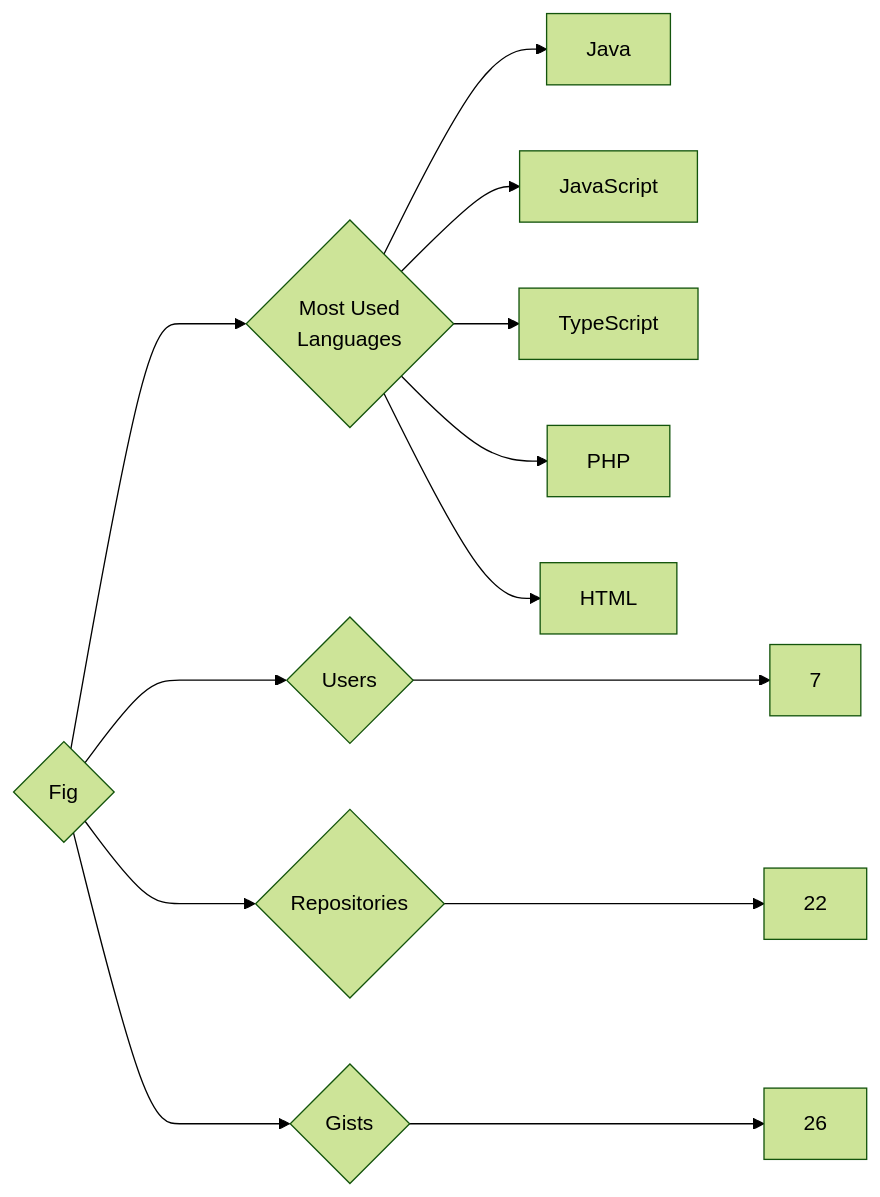
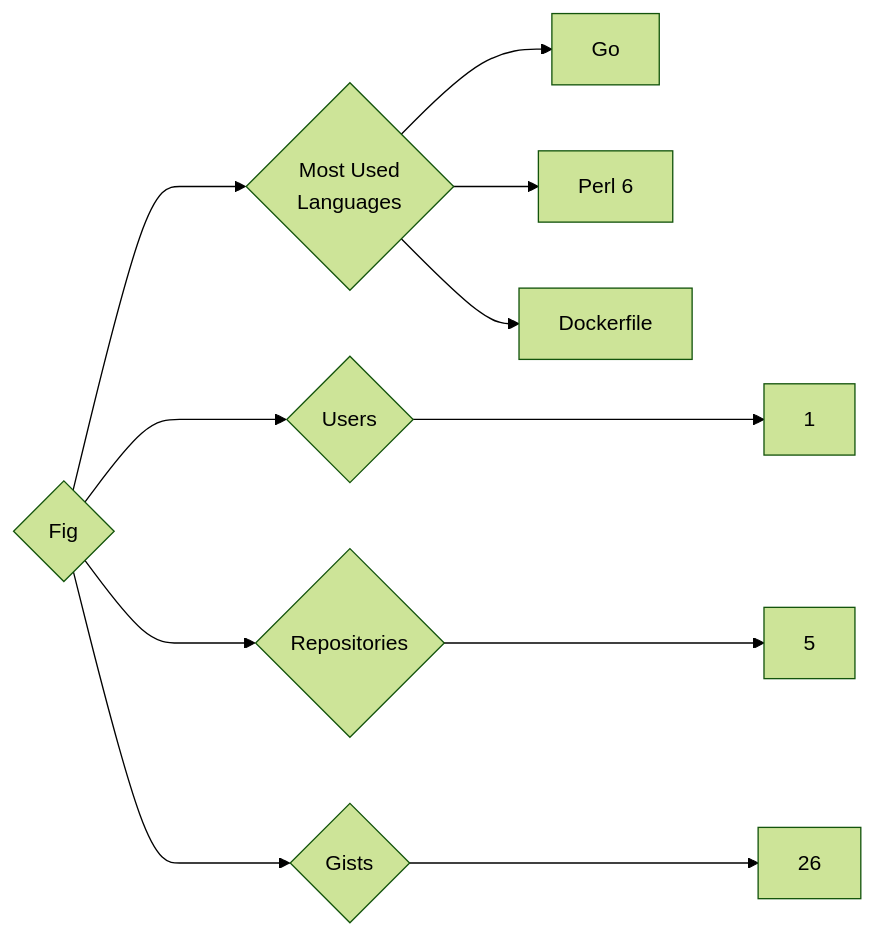
The diagram in targets/Fig/README.md (trickest/insiders), drawn with Mermaid (forest theme) before and after one commit. The commit also changed 559 other files, not shown here.

````diff
--- a/targets/Fig/README.md
+++ b/targets/Fig/README.md
@@ -3,13 +3,11 @@
 ```mermaid
 graph LR
 COMPANY_NAME{Fig}
-COMPANY_NAME ---> U{Users} ---> UN[7]
-COMPANY_NAME ---> R{Repositories} ---> RN[22]
+COMPANY_NAME ---> U{Users} ---> UN[1]
+COMPANY_NAME ---> R{Repositories} ---> RN[5]
 COMPANY_NAME ---> G{Gists} ---> GN[26]
 COMPANY_NAME ---> ML{Most Used<br>Languages}
-ML --> Java[Java]
-ML --> JavaScript[JavaScript]
-ML --> TypeScript[TypeScript]
-ML --> PHP[PHP]
-ML --> HTML[HTML]
+ML --> Go[Go]
+ML --> Perl_6[Perl 6]
+ML --> Dockerfile[Dockerfile]
 ```
````
